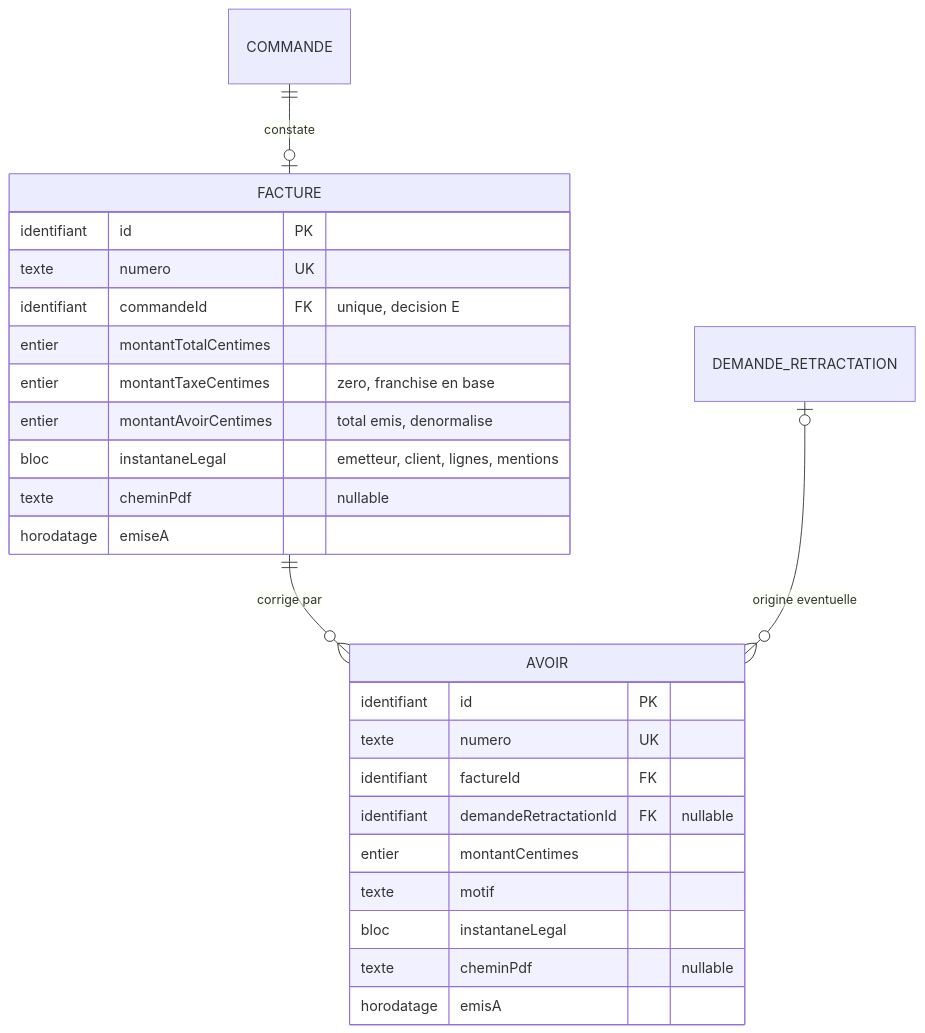
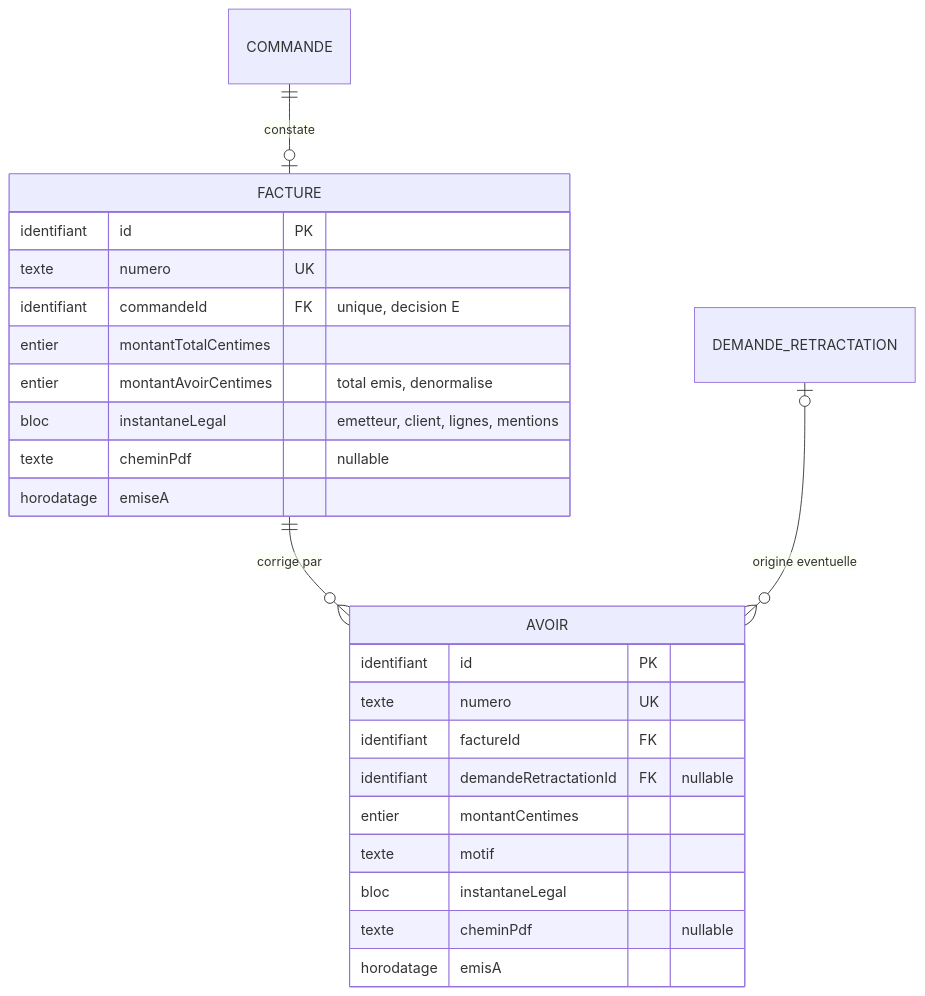
Before and after one commit to krismos64/lune-soleil: the sixth of 9 diagrams in docs/architecture/MODELE-CONCEPTUEL.md, drawn with Mermaid. The commit also changed other lines of this file and 1 other file, not shown here.

````diff
--- a/docs/architecture/MODELE-CONCEPTUEL.md
+++ b/docs/architecture/MODELE-CONCEPTUEL.md
@@ -739,29 +753,28 @@
 ```mermaid
 erDiagram
     COMMANDE ||--o| FACTURE : "constate"
     FACTURE ||--o{ AVOIR : "corrige par"
     DEMANDE_RETRACTATION |o--o{ AVOIR : "origine eventuelle"
 
     FACTURE {
         identifiant id PK
         texte numero UK
         identifiant commandeId FK "unique, decision E"
         entier montantTotalCentimes
-        entier montantTaxeCentimes "zero, franchise en base"
         entier montantAvoirCentimes "total emis, denormalise"
         bloc instantaneLegal "emetteur, client, lignes, mentions"
         texte cheminPdf "nullable"
         horodatage emiseA
     }
     AVOIR {
         identifiant id PK
         texte numero UK
         identifiant factureId FK
         identifiant demandeRetractationId FK "nullable"
         entier montantCentimes
         texte motif
         bloc instantaneLegal
         texte cheminPdf "nullable"
         horodatage emisA
     }
 ```
````
